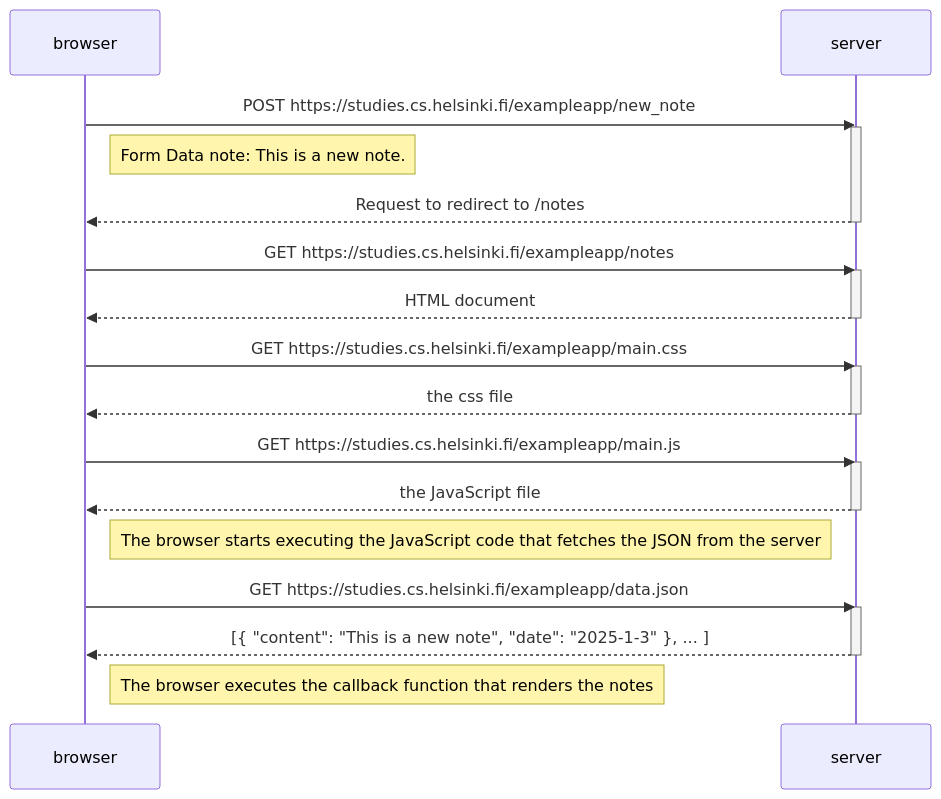
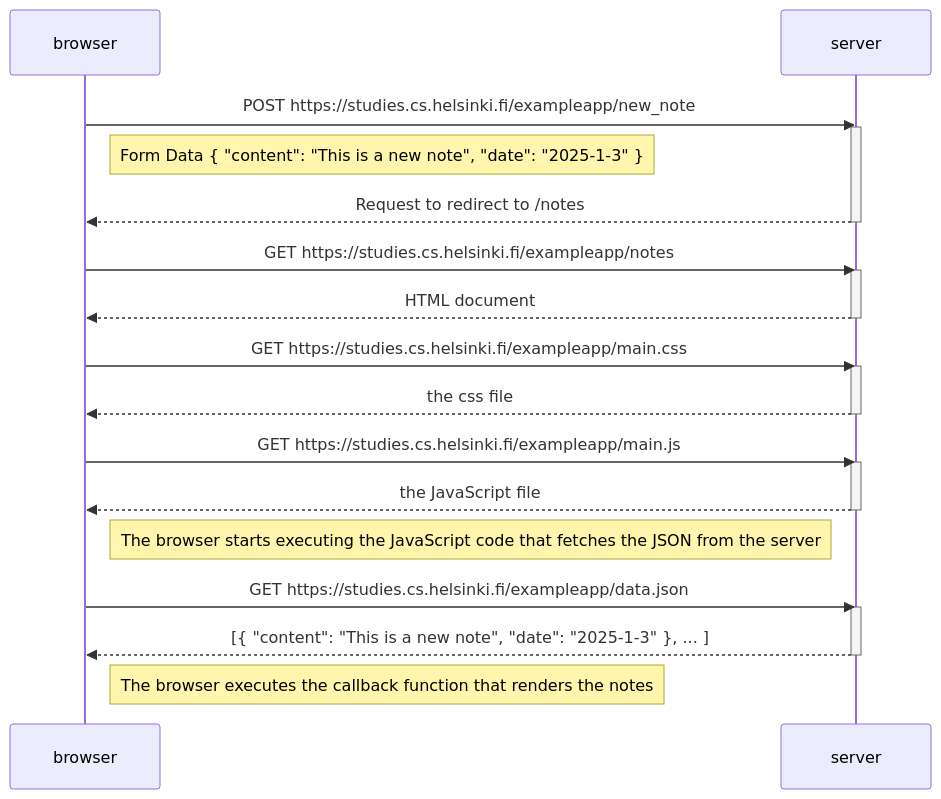
One commit to libardoescalanterojas/fullstackopen_Course changed the diagram in part0/0_4 New note diagram.md. Above: the diagram before and after it, drawn with Mermaid.

Commit message:
Update 0_4 New note diagram.md

````diff
--- a/part0/0_4 New note diagram.md
+++ b/part0/0_4 New note diagram.md
@@ -41,38 +41,38 @@
 ```mermaid
 sequenceDiagram
     participant browser
     participant server
 
     browser->>server: POST https://studies.cs.helsinki.fi/exampleapp/new_note  
     activate server
-    Note right of browser: Form Data note: This is a new note.
+    Note right of browser: Form Data { "content": "This is a new note", "date": "2025-1-3" }
     server-->>browser: Request to redirect to /notes
     deactivate server    
 
     browser->>server: GET https://studies.cs.helsinki.fi/exampleapp/notes
     activate server
     server-->>browser: HTML document
     deactivate server
 
     browser->>server: GET https://studies.cs.helsinki.fi/exampleapp/main.css
     activate server
     server-->>browser: the css file
     deactivate server
 
     browser->>server: GET https://studies.cs.helsinki.fi/exampleapp/main.js
     activate server
     server-->>browser: the JavaScript file
     deactivate server
 
     Note right of browser: The browser starts executing the JavaScript code that fetches the JSON from the server
 
     browser->>server: GET https://studies.cs.helsinki.fi/exampleapp/data.json
     activate server
     server-->>browser: [{ "content": "This is a new note", "date": "2025-1-3" }, ... ]
     deactivate server
 
     Note right of browser: The browser executes the callback function that renders the notes
 
 
 
 ```
````
